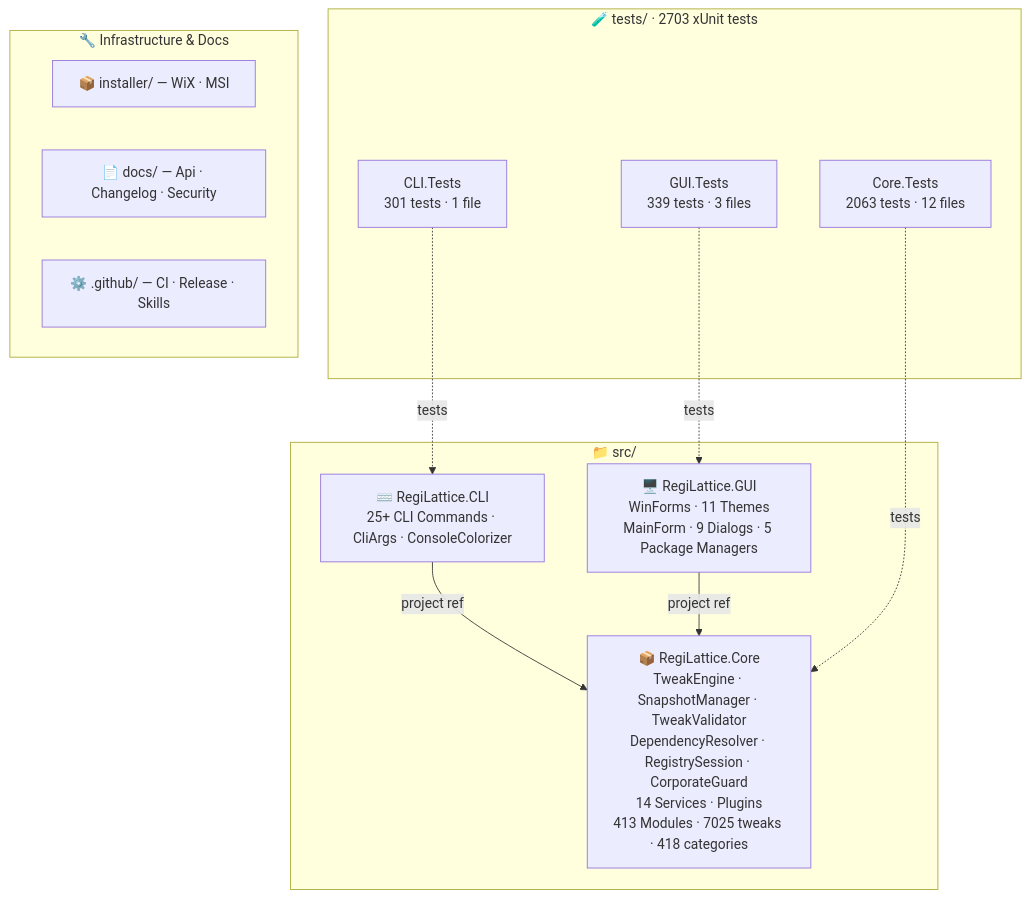
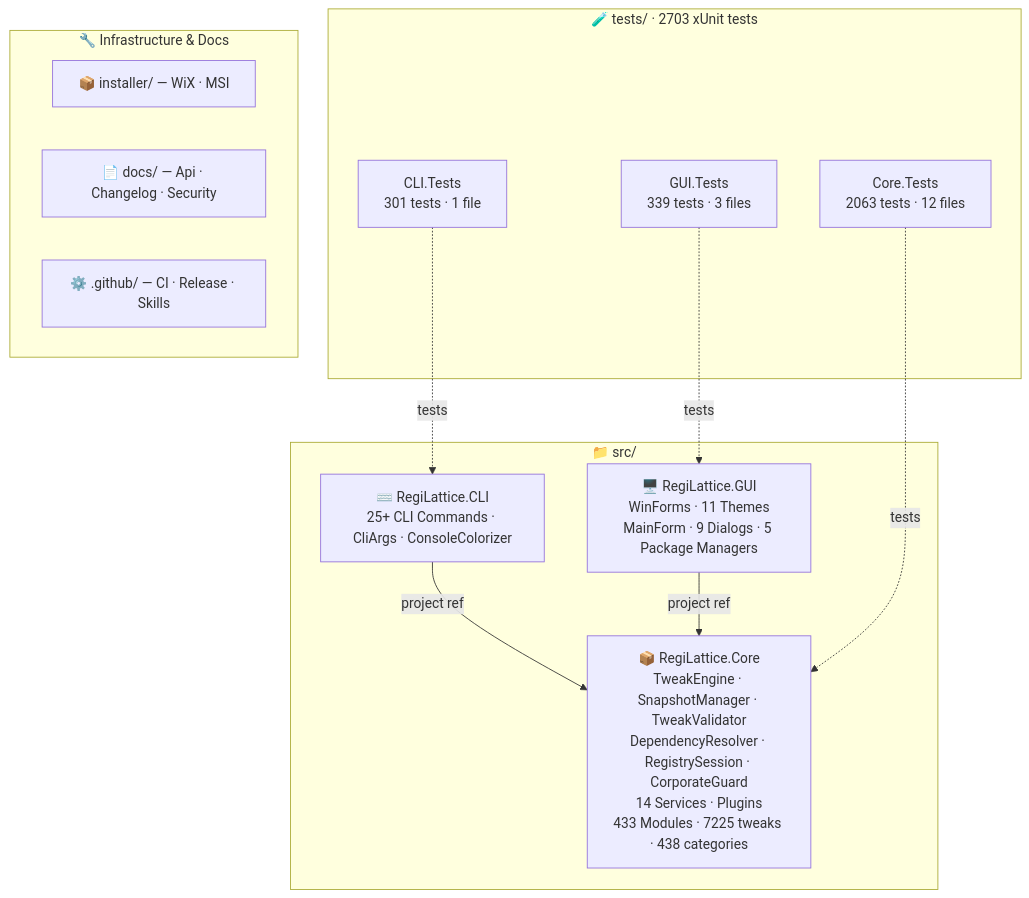
One commit to RajwanYair/RegiLattice changed the second of 2 diagrams in README.md. Above: the diagram before and after it, drawn with Mermaid. The commit also changed other lines of this file and 12 other files, not shown here.

````diff
--- a/README.md
+++ b/README.md
@@ -253,26 +253,26 @@
 ```mermaid
 graph TD
     subgraph SRC["📁 src/"]
-        CORE["📦 RegiLattice.Core<br/>TweakEngine · SnapshotManager · TweakValidator<br/>DependencyResolver · RegistrySession · CorporateGuard<br/>14 Services · Plugins<br/>413 Modules · 7025 tweaks · 418 categories"]
+        CORE["📦 RegiLattice.Core<br/>TweakEngine · SnapshotManager · TweakValidator<br/>DependencyResolver · RegistrySession · CorporateGuard<br/>14 Services · Plugins<br/>433 Modules · 7225 tweaks · 438 categories"]
         GUI["🖥️ RegiLattice.GUI<br/>WinForms · 11 Themes<br/>MainForm · 9 Dialogs · 5 Package Managers"]
         CLI["⌨️ RegiLattice.CLI<br/>25+ CLI Commands · CliArgs · ConsoleColorizer"]
     end
 
     subgraph TST["🧪 tests/  ·  2703 xUnit tests"]
         CT["Core.Tests<br/>2063 tests · 12 files"]
         CLT["CLI.Tests<br/>301 tests · 1 file"]
         GT["GUI.Tests<br/>339 tests · 3 files"]
     end
 
     subgraph INFRA["🔧 Infrastructure & Docs"]
         INST["📦 installer/ — WiX · MSI"]
         DOCS["📄 docs/ — Api · Changelog · Security"]
         GH["⚙️ .github/ — CI · Release · Skills"]
     end
 
     CLI -->|project ref| CORE
     GUI -->|project ref| CORE
     CT -.->|tests| CORE
     CLT -.->|tests| CLI
     GT -.->|tests| GUI
 ```
````
